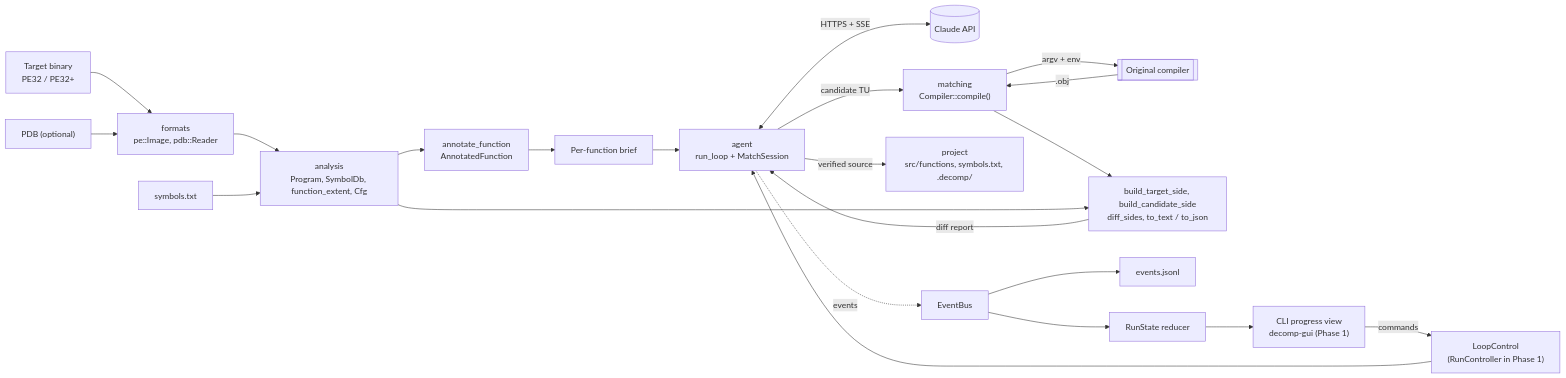
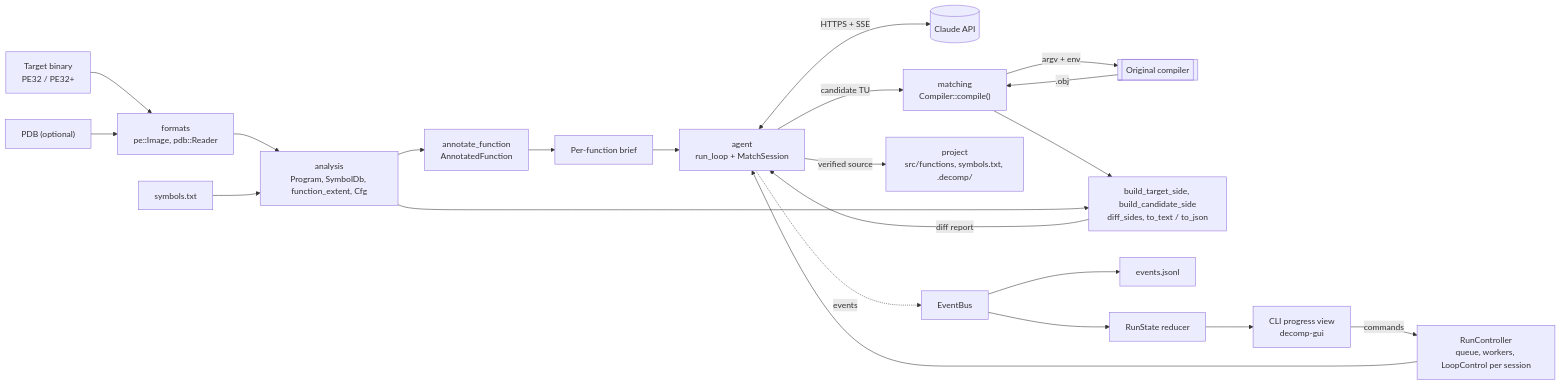
Before and after one commit to Bar3b0n3s/Decomp: the diagram in docs/architecture.md, drawn with Mermaid. The commit also changed other lines of this file and 4 other files, not shown here.

````diff
--- a/docs/architecture.md
+++ b/docs/architecture.md
@@ -70,24 +71,24 @@
 ```mermaid
 flowchart LR
     BIN["Target binary<br/>PE32 / PE32+"] --> FMT["formats<br/>pe::Image, pdb::Reader"]
     PDB["PDB (optional)"] --> FMT
     FMT --> AN["analysis<br/>Program, SymbolDb, function_extent, Cfg"]
     SYM["symbols.txt"] --> AN
     AN --> ANN["annotate_function<br/>AnnotatedFunction"]
     ANN --> BRIEF["Per-function brief"]
     BRIEF --> LOOP["agent<br/>run_loop + MatchSession"]
     LOOP <-->|"HTTPS + SSE"| API[("Claude API")]
     LOOP -->|"candidate TU"| CMP["matching<br/>Compiler::compile()"]
     CMP -->|"argv + env"| CC[["Original compiler"]]
     CC -->|".obj"| CMP
     CMP --> DIFF["build_target_side, build_candidate_side<br/>diff_sides, to_text / to_json"]
     AN --> DIFF
     DIFF -->|"diff report"| LOOP
     LOOP -->|"verified source"| PRJ["project<br/>src/functions, symbols.txt, .decomp/"]
     LOOP -. events .-> BUS["EventBus"]
     BUS --> LOG["events.jsonl"]
     BUS --> RS["RunState reducer"]
-    RS --> VIEWS["CLI progress view<br/>decomp-gui (Phase 1)"]
-    VIEWS -->|"commands"| RC["LoopControl<br/>(RunController in Phase 1)"]
+    RS --> VIEWS["CLI progress view<br/>decomp-gui"]
+    VIEWS -->|"commands"| RC["RunController<br/>queue, workers, LoopControl per session"]
     RC --> LOOP
 ```
````
